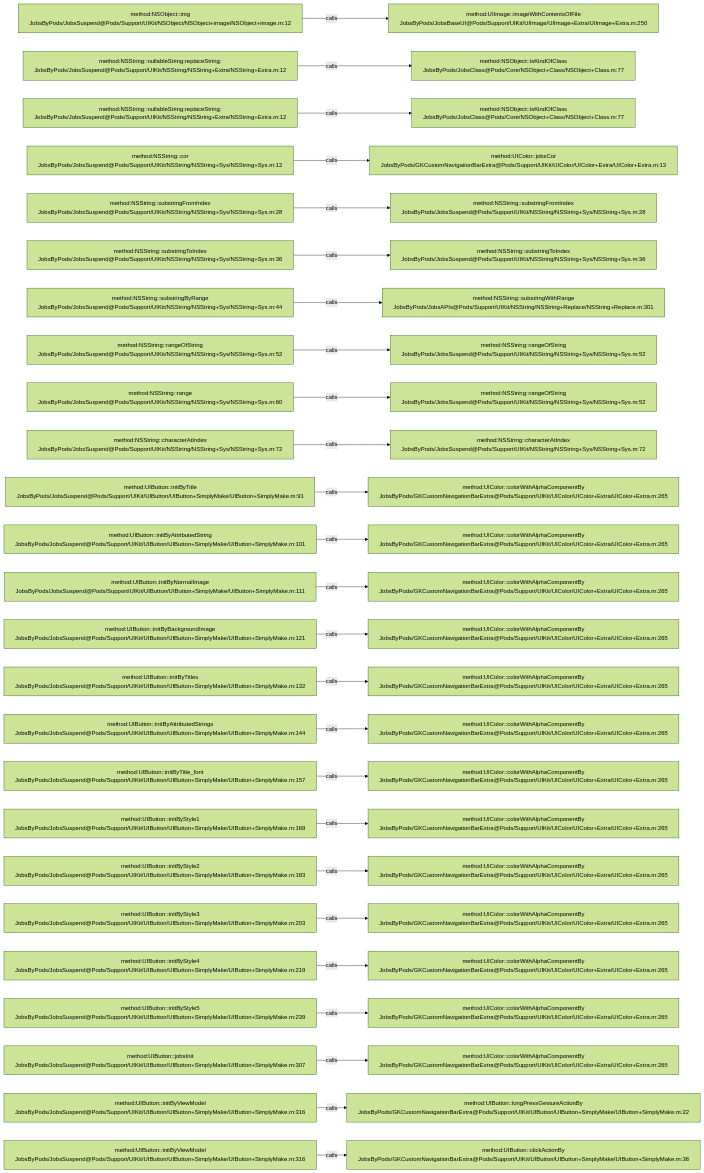
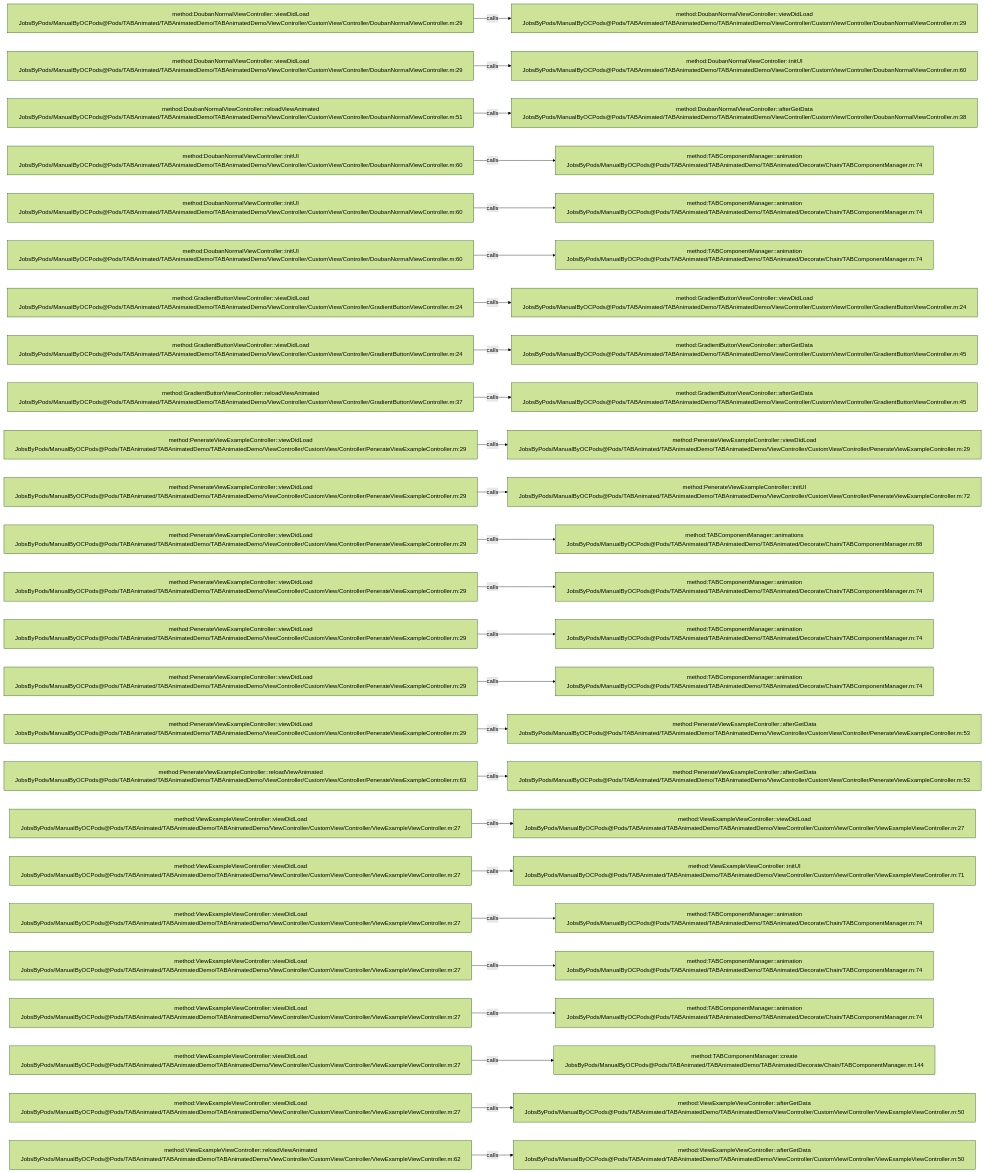
The diagram in .codegraph/codegraph.md/graphs/calls-160.md (JobsKits/JobsOCBaseConfigDemo), drawn with Mermaid (forest theme) before and after one commit. The commit also changed 573 other files, not shown here.

````diff
--- a/.codegraph/codegraph.md/graphs/calls-160.md
+++ b/.codegraph/codegraph.md/graphs/calls-160.md
@@ -13,78 +13,78 @@
 ```mermaid
 flowchart LR
-  S1["method:NSObject::img<br/>JobsByPods/JobsSuspend@Pods/Support/UIKit/NSObject/NSObject+image/NSObject+image.m:12"]
-  T1["method:UIImage::imageWithContentsOfFile<br/>JobsByPods/JobsBaseUI@Pods/Support/UIKit/UIImage/UIImage+Extra/UIImage+Extra.m:250"]
+  S1["method:DoubanNormalViewController::viewDidLoad<br/>JobsByPods/ManualByOCPods@Pods/TABAnimated/TABAnimatedDemo/TABAnimatedDemo/ViewController/CustomView/Controller/DoubanNormalViewController.m:29"]
+  T1["method:DoubanNormalViewController::viewDidLoad<br/>JobsByPods/ManualByOCPods@Pods/TABAnimated/TABAnimatedDemo/TABAnimatedDemo/ViewController/CustomView/Controller/DoubanNormalViewController.m:29"]
   S1 -->|calls| T1
-  S2["method:NSString::nullableString:replaceString:<br/>JobsByPods/JobsSuspend@Pods/Support/UIKit/NSString/NSString+Extra/NSString+Extra.m:12"]
-  T2["method:NSObject::isKindOfClass<br/>JobsByPods/JobsClass@Pods/Core/NSObject+Class/NSObject+Class.m:77"]
+  S2["method:DoubanNormalViewController::viewDidLoad<br/>JobsByPods/ManualByOCPods@Pods/TABAnimated/TABAnimatedDemo/TABAnimatedDemo/ViewController/CustomView/Controller/DoubanNormalViewController.m:29"]
+  T2["method:DoubanNormalViewController::initUI<br/>JobsByPods/ManualByOCPods@Pods/TABAnimated/TABAnimatedDemo/TABAnimatedDemo/ViewController/CustomView/Controller/DoubanNormalViewController.m:60"]
   S2 -->|calls| T2
-  S3["method:NSString::nullableString:replaceString:<br/>JobsByPods/JobsSuspend@Pods/Support/UIKit/NSString/NSString+Extra/NSString+Extra.m:12"]
-  T3["method:NSObject::isKindOfClass<br/>JobsByPods/JobsClass@Pods/Core/NSObject+Class/NSObject+Class.m:77"]
+  S3["method:DoubanNormalViewController::reloadViewAnimated<br/>JobsByPods/ManualByOCPods@Pods/TABAnimated/TABAnimatedDemo/TABAnimatedDemo/ViewController/CustomView/Controller/DoubanNormalViewController.m:51"]
+  T3["method:DoubanNormalViewController::afterGetData<br/>JobsByPods/ManualByOCPods@Pods/TABAnimated/TABAnimatedDemo/TABAnimatedDemo/ViewController/CustomView/Controller/DoubanNormalViewController.m:38"]
   S3 -->|calls| T3
-  S4["method:NSString::cor<br/>JobsByPods/JobsSuspend@Pods/Support/UIKit/NSString/NSString+Sys/NSString+Sys.m:12"]
-  T4["method:UIColor::jobsCor<br/>JobsByPods/GKCustomNavigationBarExtra@Pods/Support/UIKit/UIColor/UIColor+Extra/UIColor+Extra.m:13"]
+  S4["method:DoubanNormalViewController::initUI<br/>JobsByPods/ManualByOCPods@Pods/TABAnimated/TABAnimatedDemo/TABAnimatedDemo/ViewController/CustomView/Controller/DoubanNormalViewController.m:60"]
+  T4["method:TABComponentManager::animation<br/>JobsByPods/ManualByOCPods@Pods/TABAnimated/TABAnimatedDemo/TABAnimated/Decorate/Chain/TABComponentManager.m:74"]
   S4 -->|calls| T4
-  S5["method:NSString::substringFromIndex<br/>JobsByPods/JobsSuspend@Pods/Support/UIKit/NSString/NSString+Sys/NSString+Sys.m:28"]
-  T5["method:NSString::substringFromIndex<br/>JobsByPods/JobsSuspend@Pods/Support/UIKit/NSString/NSString+Sys/NSString+Sys.m:28"]
+  S5["method:DoubanNormalViewController::initUI<br/>JobsByPods/ManualByOCPods@Pods/TABAnimated/TABAnimatedDemo/TABAnimatedDemo/ViewController/CustomView/Controller/DoubanNormalViewController.m:60"]
+  T5["method:TABComponentManager::animation<br/>JobsByPods/ManualByOCPods@Pods/TABAnimated/TABAnimatedDemo/TABAnimated/Decorate/Chain/TABComponentManager.m:74"]
   S5 -->|calls| T5
-  S6["method:NSString::substringToIndex<br/>JobsByPods/JobsSuspend@Pods/Support/UIKit/NSString/NSString+Sys/NSString+Sys.m:36"]
-  T6["method:NSString::substringToIndex<br/>JobsByPods/JobsSuspend@Pods/Support/UIKit/NSString/NSString+Sys/NSString+Sys.m:36"]
+  S6["method:DoubanNormalViewController::initUI<br/>JobsByPods/ManualByOCPods@Pods/TABAnimated/TABAnimatedDemo/TABAnimatedDemo/ViewController/CustomView/Controller/DoubanNormalViewController.m:60"]
+  T6["method:TABComponentManager::animation<br/>JobsByPods/ManualByOCPods@Pods/TABAnimated/TABAnimatedDemo/TABAnimated/Decorate/Chain/TABComponentManager.m:74"]
   S6 -->|calls| T6
-  S7["method:NSString::substringByRange<br/>JobsByPods/JobsSuspend@Pods/Support/UIKit/NSString/NSString+Sys/NSString+Sys.m:44"]
-  T7["method:NSString::substringWithRange<br/>JobsByPods/JobsAPIs@Pods/Support/UIKit/NSString/NSString+Replace/NSString+Replace.m:301"]
+  S7["method:GradientButtonViewController::viewDidLoad<br/>JobsByPods/ManualByOCPods@Pods/TABAnimated/TABAnimatedDemo/TABAnimatedDemo/ViewController/CustomView/Controller/GradientButtonViewController.m:24"]
+  T7["method:GradientButtonViewController::viewDidLoad<br/>JobsByPods/ManualByOCPods@Pods/TABAnimated/TABAnimatedDemo/TABAnimatedDemo/ViewController/CustomView/Controller/GradientButtonViewController.m:24"]
   S7 -->|calls| T7
-  S8["method:NSString::rangeOfString<br/>JobsByPods/JobsSuspend@Pods/Support/UIKit/NSString/NSString+Sys/NSString+Sys.m:52"]
-  T8["method:NSString::rangeOfString<br/>JobsByPods/JobsSuspend@Pods/Support/UIKit/NSString/NSString+Sys/NSString+Sys.m:52"]
+  S8["method:GradientButtonViewController::viewDidLoad<br/>JobsByPods/ManualByOCPods@Pods/TABAnimated/TABAnimatedDemo/TABAnimatedDemo/ViewController/CustomView/Controller/GradientButtonViewController.m:24"]
+  T8["method:GradientButtonViewController::afterGetData<br/>JobsByPods/ManualByOCPods@Pods/TABAnimated/TABAnimatedDemo/TABAnimatedDemo/ViewController/CustomView/Controller/GradientButtonViewController.m:45"]
   S8 -->|calls| T8
-  S9["method:NSString::range<br/>JobsByPods/JobsSuspend@Pods/Support/UIKit/NSString/NSString+Sys/NSString+Sys.m:60"]
-  T9["method:NSString::rangeOfString<br/>JobsByPods/JobsSuspend@Pods/Support/UIKit/NSString/NSString+Sys/NSString+Sys.m:52"]
+  S9["method:GradientButtonViewController::reloadViewAnimated<br/>JobsByPods/ManualByOCPods@Pods/TABAnimated/TABAnimatedDemo/TABAnimatedDemo/ViewController/CustomView/Controller/GradientButtonViewController.m:37"]
+  T9["method:GradientButtonViewController::afterGetData<br/>JobsByPods/ManualByOCPods@Pods/TABAnimated/TABAnimatedDemo/TABAnimatedDemo/ViewController/CustomView/Controller/GradientButtonViewController.m:45"]
   S9 -->|calls| T9
-  S10["method:NSString::characterAtIndex<br/>JobsByPods/JobsSuspend@Pods/Support/UIKit/NSString/NSString+Sys/NSString+Sys.m:72"]
-  T10["method:NSString::characterAtIndex<br/>JobsByPods/JobsSuspend@Pods/Support/UIKit/NSString/NSString+Sys/NSString+Sys.m:72"]
+  S10["method:PenerateViewExampleController::viewDidLoad<br/>JobsByPods/ManualByOCPods@Pods/TABAnimated/TABAnimatedDemo/TABAnimatedDemo/ViewController/CustomView/Controller/PenerateViewExampleController.m:29"]
+  T10["method:PenerateViewExampleController::viewDidLoad<br/>JobsByPods/ManualByOCPods@Pods/TABAnimated/TABAnimatedDemo/TABAnimatedDemo/ViewController/CustomView/Controller/PenerateViewExampleController.m:29"]
   S10 -->|calls| T10
-  S11["method:UIButton::initByTitle<br/>JobsByPods/JobsSuspend@Pods/Support/UIKit/UIButton/UIButton+SimplyMake/UIButton+SimplyMake.m:91"]
-  T11["method:UIColor::colorWithAlphaComponentBy<br/>JobsByPods/GKCustomNavigationBarExtra@Pods/Support/UIKit/UIColor/UIColor+Extra/UIColor+Extra.m:265"]
+  S11["method:PenerateViewExampleController::viewDidLoad<br/>JobsByPods/ManualByOCPods@Pods/TABAnimated/TABAnimatedDemo/TABAnimatedDemo/ViewController/CustomView/Controller/PenerateViewExampleController.m:29"]
+  T11["method:PenerateViewExampleController::initUI<br/>JobsByPods/ManualByOCPods@Pods/TABAnimated/TABAnimatedDemo/TABAnimatedDemo/ViewController/CustomView/Controller/PenerateViewExampleController.m:72"]
   S11 -->|calls| T11
-  S12["method:UIButton::initByAttributedString<br/>JobsByPods/JobsSuspend@Pods/Support/UIKit/UIButton/UIButton+SimplyMake/UIButton+SimplyMake.m:101"]
-  T12["method:UIColor::colorWithAlphaComponentBy<br/>JobsByPods/GKCustomNavigationBarExtra@Pods/Support/UIKit/UIColor/UIColor+Extra/UIColor+Extra.m:265"]
+  S12["method:PenerateViewExampleController::viewDidLoad<br/>JobsByPods/ManualByOCPods@Pods/TABAnimated/TABAnimatedDemo/TABAnimatedDemo/ViewController/CustomView/Controller/PenerateViewExampleController.m:29"]
+  T12["method:TABComponentManager::animations<br/>JobsByPods/ManualByOCPods@Pods/TABAnimated/TABAnimatedDemo/TABAnimated/Decorate/Chain/TABComponentManager.m:88"]
   S12 -->|calls| T12
-  S13["method:UIButton::initByNormalImage<br/>JobsByPods/JobsSuspend@Pods/Support/UIKit/UIButton/UIButton+SimplyMake/UIButton+SimplyMake.m:111"]
-  T13["method:UIColor::colorWithAlphaComponentBy<br/>JobsByPods/GKCustomNavigationBarExtra@Pods/Support/UIKit/UIColor/UIColor+Extra/UIColor+Extra.m:265"]
+  S13["method:PenerateViewExampleController::viewDidLoad<br/>JobsByPods/ManualByOCPods@Pods/TABAnimated/TABAnimatedDemo/TABAnimatedDemo/ViewController/CustomView/Controller/PenerateViewExampleController.m:29"]
+  T13["method:TABComponentManager::animation<br/>JobsByPods/ManualByOCPods@Pods/TABAnimated/TABAnimatedDemo/TABAnimated/Decorate/Chain/TABComponentManager.m:74"]
   S13 -->|calls| T13
-  S14["method:UIButton::initByBackgroundImage<br/>JobsByPods/JobsSuspend@Pods/Support/UIKit/UIButton/UIButton+SimplyMake/UIButton+SimplyMake.m:121"]
-  T14["method:UIColor::colorWithAlphaComponentBy<br/>JobsByPods/GKCustomNavigationBarExtra@Pods/Support/UIKit/UIColor/UIColor+Extra/UIColor+Extra.m:265"]
+  S14["method:PenerateViewExampleController::viewDidLoad<br/>JobsByPods/ManualByOCPods@Pods/TABAnimated/TABAnimatedDemo/TABAnimatedDemo/ViewController/CustomView/Controller/PenerateViewExampleController.m:29"]
+  T14["method:TABComponentManager::animation<br/>JobsByPods/ManualByOCPods@Pods/TABAnimated/TABAnimatedDemo/TABAnimated/Decorate/Chain/TABComponentManager.m:74"]
   S14 -->|calls| T14
-  S15["method:UIButton::initByTitles<br/>JobsByPods/JobsSuspend@Pods/Support/UIKit/UIButton/UIButton+SimplyMake/UIButton+SimplyMake.m:132"]
-  T15["method:UIColor::colorWithAlphaComponentBy<br/>JobsByPods/GKCustomNavigationBarExtra@Pods/Support/UIKit/UIColor/UIColor+Extra/UIColor+Extra.m:265"]
+  S15["method:PenerateViewExampleController::viewDidLoad<br/>JobsByPods/ManualByOCPods@Pods/TABAnimated/TABAnimatedDemo/TABAnimatedDemo/ViewController/CustomView/Controller/PenerateViewExampleController.m:29"]
+  T15["method:TABComponentManager::animation<br/>JobsByPods/ManualByOCPods@Pods/TABAnimated/TABAnimatedDemo/TABAnimated/Decorate/Chain/TABComponentManager.m:74"]
   S15 -->|calls| T15
-  S16["method:UIButton::initByAttributedStrings<br/>JobsByPods/JobsSuspend@Pods/Support/UIKit/UIButton/UIButton+SimplyMake/UIButton+SimplyMake.m:144"]
-  T16["method:UIColor::colorWithAlphaComponentBy<br/>JobsByPods/GKCustomNavigationBarExtra@Pods/Support/UIKit/UIColor/UIColor+Extra/UIColor+Extra.m:265"]
+  S16["method:PenerateViewExampleController::viewDidLoad<br/>JobsByPods/ManualByOCPods@Pods/TABAnimated/TABAnimatedDemo/TABAnimatedDemo/ViewController/CustomView/Controller/PenerateViewExampleController.m:29"]
+  T16["method:PenerateViewExampleController::afterGetData<br/>JobsByPods/ManualByOCPods@Pods/TABAnimated/TABAnimatedDemo/TABAnimatedDemo/ViewController/CustomView/Controller/PenerateViewExampleController.m:53"]
   S16 -->|calls| T16
-  S17["method:UIButton::initByTitle_font<br/>JobsByPods/JobsSuspend@Pods/Support/UIKit/UIButton/UIButton+SimplyMake/UIButton+SimplyMake.m:157"]
-  T17["method:UIColor::colorWithAlphaComponentBy<br/>JobsByPods/GKCustomNavigationBarExtra@Pods/Support/UIKit/UIColor/UIColor+Extra/UIColor+Extra.m:265"]
+  S17["method:PenerateViewExampleController::reloadViewAnimated<br/>JobsByPods/ManualByOCPods@Pods/TABAnimated/TABAnimatedDemo/TABAnimatedDemo/ViewController/CustomView/Controller/PenerateViewExampleController.m:63"]
+  T17["method:PenerateViewExampleController::afterGetData<br/>JobsByPods/ManualByOCPods@Pods/TABAnimated/TABAnimatedDemo/TABAnimatedDemo/ViewController/CustomView/Controller/PenerateViewExampleController.m:53"]
   S17 -->|calls| T17
-  S18["method:UIButton::initByStyle1<br/>JobsByPods/JobsSuspend@Pods/Support/UIKit/UIButton/UIButton+SimplyMake/UIButton+SimplyMake.m:169"]
-  T18["method:UIColor::colorWithAlphaComponentBy<br/>JobsByPods/GKCustomNavigationBarExtra@Pods/Support/UIKit/UIColor/UIColor+Extra/UIColor+Extra.m:265"]
+  S18["method:ViewExampleViewController::viewDidLoad<br/>JobsByPods/ManualByOCPods@Pods/TABAnimated/TABAnimatedDemo/TABAnimatedDemo/ViewController/CustomView/Controller/ViewExampleViewController.m:27"]
+  T18["method:ViewExampleViewController::viewDidLoad<br/>JobsByPods/ManualByOCPods@Pods/TABAnimated/TABAnimatedDemo/TABAnimatedDemo/ViewController/CustomView/Controller/ViewExampleViewController.m:27"]
   S18 -->|calls| T18
-  S19["method:UIButton::initByStyle2<br/>JobsByPods/JobsSuspend@Pods/Support/UIKit/UIButton/UIButton+SimplyMake/UIButton+SimplyMake.m:183"]
-  T19["method:UIColor::colorWithAlphaComponentBy<br/>JobsByPods/GKCustomNavigationBarExtra@Pods/Support/UIKit/UIColor/UIColor+Extra/UIColor+Extra.m:265"]
+  S19["method:ViewExampleViewController::viewDidLoad<br/>JobsByPods/ManualByOCPods@Pods/TABAnimated/TABAnimatedDemo/TABAnimatedDemo/ViewController/CustomView/Controller/ViewExampleViewController.m:27"]
+  T19["method:ViewExampleViewController::initUI<br/>JobsByPods/ManualByOCPods@Pods/TABAnimated/TABAnimatedDemo/TABAnimatedDemo/ViewController/CustomView/Controller/ViewExampleViewController.m:71"]
   S19 -->|calls| T19
-  S20["method:UIButton::initByStyle3<br/>JobsByPods/JobsSuspend@Pods/Support/UIKit/UIButton/UIButton+SimplyMake/UIButton+SimplyMake.m:203"]
-  T20["method:UIColor::colorWithAlphaComponentBy<br/>JobsByPods/GKCustomNavigationBarExtra@Pods/Support/UIKit/UIColor/UIColor+Extra/UIColor+Extra.m:265"]
+  S20["method:ViewExampleViewController::viewDidLoad<br/>JobsByPods/ManualByOCPods@Pods/TABAnimated/TABAnimatedDemo/TABAnimatedDemo/ViewController/CustomView/Controller/ViewExampleViewController.m:27"]
+  T20["method:TABComponentManager::animation<br/>JobsByPods/ManualByOCPods@Pods/TABAnimated/TABAnimatedDemo/TABAnimated/Decorate/Chain/TABComponentManager.m:74"]
   S20 -->|calls| T20
-  S21["method:UIButton::initByStyle4<br/>JobsByPods/JobsSuspend@Pods/Support/UIKit/UIButton/UIButton+SimplyMake/UIButton+SimplyMake.m:219"]
-  T21["method:UIColor::colorWithAlphaComponentBy<br/>JobsByPods/GKCustomNavigationBarExtra@Pods/Support/UIKit/UIColor/UIColor+Extra/UIColor+Extra.m:265"]
+  S21["method:ViewExampleViewController::viewDidLoad<br/>JobsByPods/ManualByOCPods@Pods/TABAnimated/TABAnimatedDemo/TABAnimatedDemo/ViewController/CustomView/Controller/ViewExampleViewController.m:27"]
+  T21["method:TABComponentManager::animation<br/>JobsByPods/ManualByOCPods@Pods/TABAnimated/TABAnimatedDemo/TABAnimated/Decorate/Chain/TABComponentManager.m:74"]
   S21 -->|calls| T21
-  S22["method:UIButton::initByStyle5<br/>JobsByPods/JobsSuspend@Pods/Support/UIKit/UIButton/UIButton+SimplyMake/UIButton+SimplyMake.m:239"]
-  T22["method:UIColor::colorWithAlphaComponentBy<br/>JobsByPods/GKCustomNavigationBarExtra@Pods/Support/UIKit/UIColor/UIColor+Extra/UIColor+Extra.m:265"]
+  S22["method:ViewExampleViewController::viewDidLoad<br/>JobsByPods/ManualByOCPods@Pods/TABAnimated/TABAnimatedDemo/TABAnimatedDemo/ViewController/CustomView/Controller/ViewExampleViewController.m:27"]
+  T22["method:TABComponentManager::animation<br/>JobsByPods/ManualByOCPods@Pods/TABAnimated/TABAnimatedDemo/TABAnimated/Decorate/Chain/TABComponentManager.m:74"]
   S22 -->|calls| T22
-  S23["method:UIButton::jobsInit<br/>JobsByPods/JobsSuspend@Pods/Support/UIKit/UIButton/UIButton+SimplyMake/UIButton+SimplyMake.m:307"]
-  T23["method:UIColor::colorWithAlphaComponentBy<br/>JobsByPods/GKCustomNavigationBarExtra@Pods/Support/UIKit/UIColor/UIColor+Extra/UIColor+Extra.m:265"]
+  S23["method:ViewExampleViewController::viewDidLoad<br/>JobsByPods/ManualByOCPods@Pods/TABAnimated/TABAnimatedDemo/TABAnimatedDemo/ViewController/CustomView/Controller/ViewExampleViewController.m:27"]
+  T23["method:TABComponentManager::create<br/>JobsByPods/ManualByOCPods@Pods/TABAnimated/TABAnimatedDemo/TABAnimated/Decorate/Chain/TABComponentManager.m:144"]
   S23 -->|calls| T23
-  S24["method:UIButton::initByViewModel<br/>JobsByPods/JobsSuspend@Pods/Support/UIKit/UIButton/UIButton+SimplyMake/UIButton+SimplyMake.m:316"]
-  T24["method:UIButton::longPressGestureActionBy<br/>JobsByPods/GKCustomNavigationBarExtra@Pods/Support/UIKit/UIButton/UIButton+SimplyMake/UIButton+SimplyMake.m:22"]
+  S24["method:ViewExampleViewController::viewDidLoad<br/>JobsByPods/ManualByOCPods@Pods/TABAnimated/TABAnimatedDemo/TABAnimatedDemo/ViewController/CustomView/Controller/ViewExampleViewController.m:27"]
+  T24["method:ViewExampleViewController::afterGetData<br/>JobsByPods/ManualByOCPods@Pods/TABAnimated/TABAnimatedDemo/TABAnimatedDemo/ViewController/CustomView/Controller/ViewExampleViewController.m:50"]
   S24 -->|calls| T24
-  S25["method:UIButton::initByViewModel<br/>JobsByPods/JobsSuspend@Pods/Support/UIKit/UIButton/UIButton+SimplyMake/UIButton+SimplyMake.m:316"]
-  T25["method:UIButton::clickActionBy<br/>JobsByPods/GKCustomNavigationBarExtra@Pods/Support/UIKit/UIButton/UIButton+SimplyMake/UIButton+SimplyMake.m:36"]
+  S25["method:ViewExampleViewController::reloadViewAnimated<br/>JobsByPods/ManualByOCPods@Pods/TABAnimated/TABAnimatedDemo/TABAnimatedDemo/ViewController/CustomView/Controller/ViewExampleViewController.m:62"]
+  T25["method:ViewExampleViewController::afterGetData<br/>JobsByPods/ManualByOCPods@Pods/TABAnimated/TABAnimatedDemo/TABAnimatedDemo/ViewController/CustomView/Controller/ViewExampleViewController.m:50"]
   S25 -->|calls| T25
 ```
````
